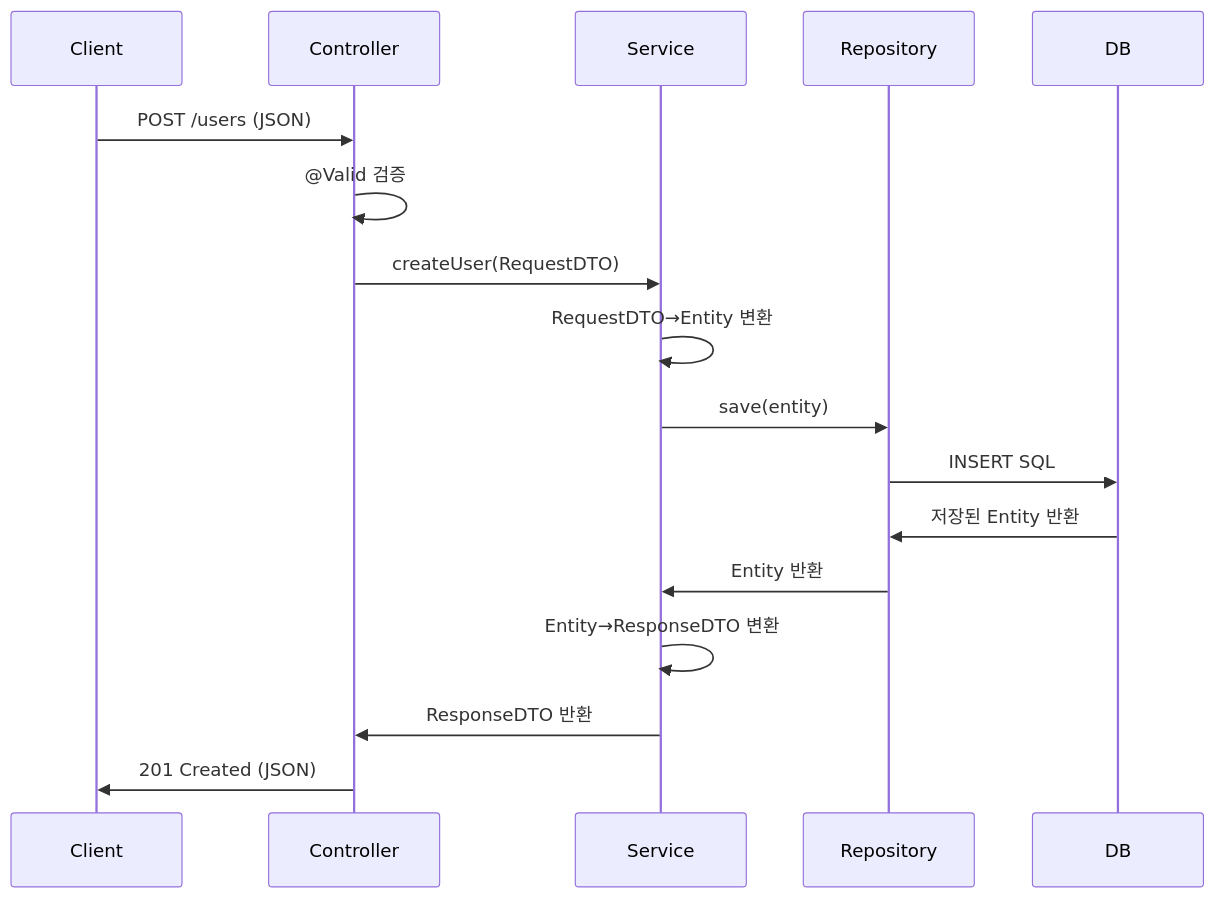
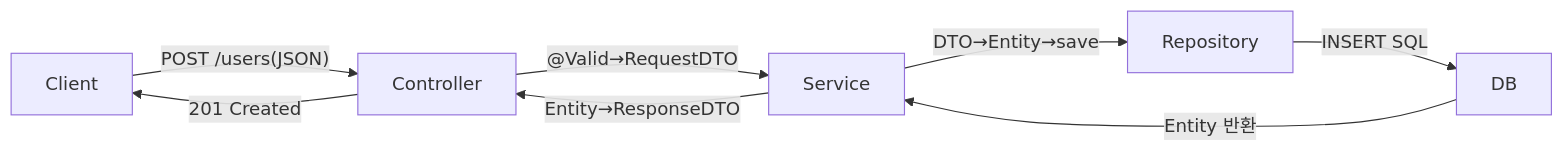
One commit to yjkim2015/yjkim2015.github.io changed the third of 4 diagrams in _posts/spring/2026-05-12-dto-entity-dao-patterns.md. Above: the diagram before and after it, drawn with Mermaid. The commit also changed 84 other files, not shown here.

First line of the commit message:
85개 포스트 Mermaid 다이어그램 규칙 일괄 수정

````diff
--- a/_posts/spring/2026-05-12-dto-entity-dao-patterns.md
+++ b/_posts/spring/2026-05-12-dto-entity-dao-patterns.md
@@ -549,14 +549,10 @@
 ```mermaid
-sequenceDiagram
-    Client->>Controller: POST /users (JSON)
-    Controller->>Controller: @Valid 검증
-    Controller->>Service: createUser(RequestDTO)
-    Service->>Service: RequestDTO→Entity 변환
-    Service->>Repository: save(entity)
-    Repository->>DB: INSERT SQL
-    DB->>Repository: 저장된 Entity 반환
-    Repository->>Service: Entity 반환
-    Service->>Service: Entity→ResponseDTO 변환
-    Service->>Controller: ResponseDTO 반환
-    Controller->>Client: 201 Created (JSON)
+graph LR
+    CLI["Client"] -->|"POST /users(JSON)"| CTR["Controller"]
+    CTR -->|"@Valid→RequestDTO"| SVC["Service"]
+    SVC -->|"DTO→Entity→save"| REPO["Repository"]
+    REPO -->|"INSERT SQL"| DB["DB"]
+    DB -->|"Entity 반환"| SVC
+    SVC -->|"Entity→ResponseDTO"| CTR
+    CTR -->|"201 Created"| CLI
 ```
````
